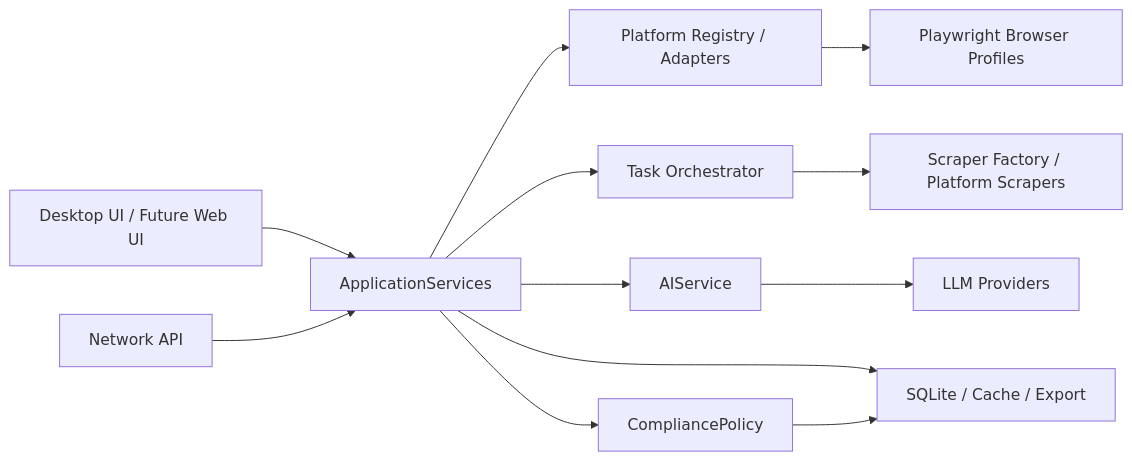
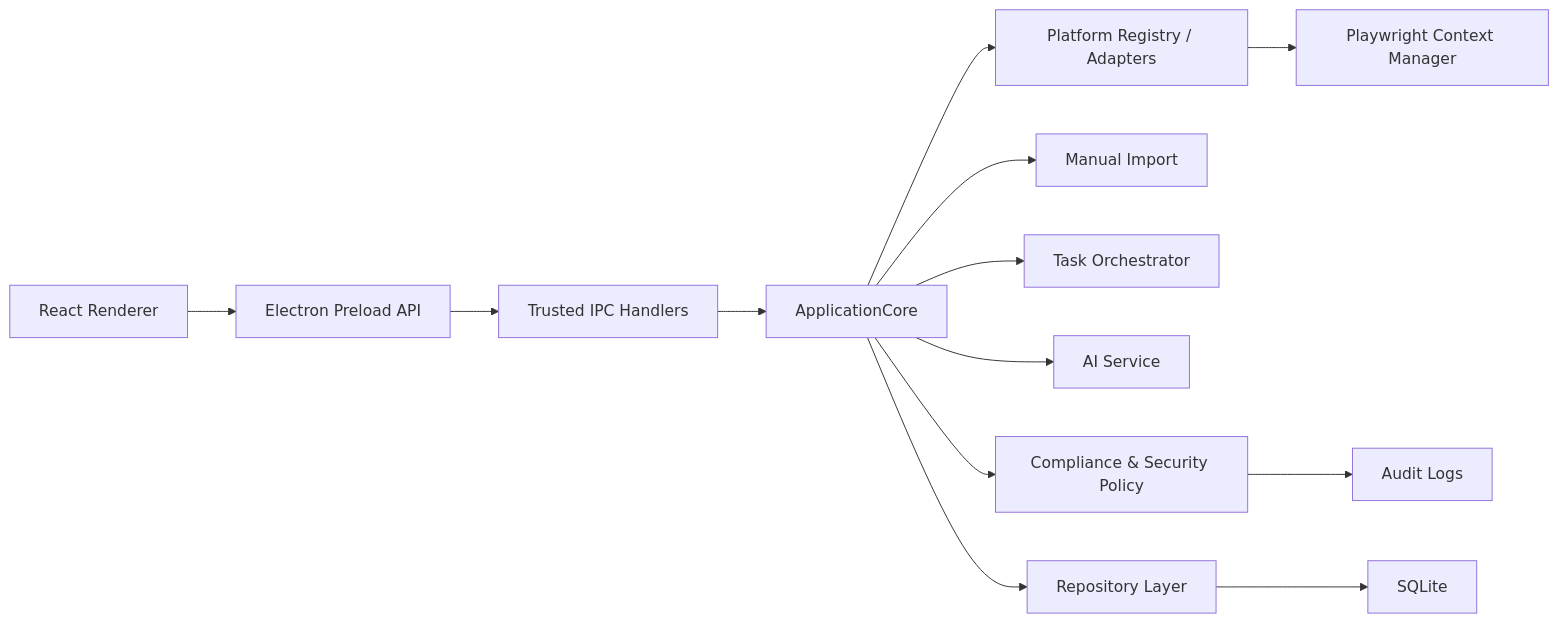
The diagram in docs/ARCHITECTURE_PLAN.md (hugocat26-jpg/ANI_SHOW), drawn with Mermaid before and after one commit. The commit also changed other lines of this file and 17 other files, not shown here.

````diff
--- a/docs/ARCHITECTURE_PLAN.md
+++ b/docs/ARCHITECTURE_PLAN.md
@@ -35,14 +20,15 @@
 ```mermaid
 flowchart LR
-    UI["Desktop UI / Future Web UI"] --> App["ApplicationServices"]
-    Server["Network API"] --> App
+    UI["React Renderer"] --> Preload["Electron Preload API"]
+    Preload --> IPC["Trusted IPC Handlers"]
+    IPC --> App["ApplicationCore"]
     App --> Platform["Platform Registry / Adapters"]
+    App --> Import["Manual Import"]
     App --> Task["Task Orchestrator"]
-    App --> AI["AIService"]
-    App --> Policy["CompliancePolicy"]
-    Task --> Scraper["Scraper Factory / Platform Scrapers"]
-    Platform --> Browser["Playwright Browser Profiles"]
-    AI --> LLM["LLM Providers"]
-    App --> Storage["SQLite / Cache / Export"]
-    Policy --> Storage
+    App --> AI["AI Service"]
+    App --> Policy["Compliance & Security Policy"]
+    App --> Repo["Repository Layer"]
+    Platform --> Browser["Playwright Context Manager"]
+    Repo --> SQLite["SQLite"]
+    Policy --> Audit["Audit Logs"]
 ```
````
